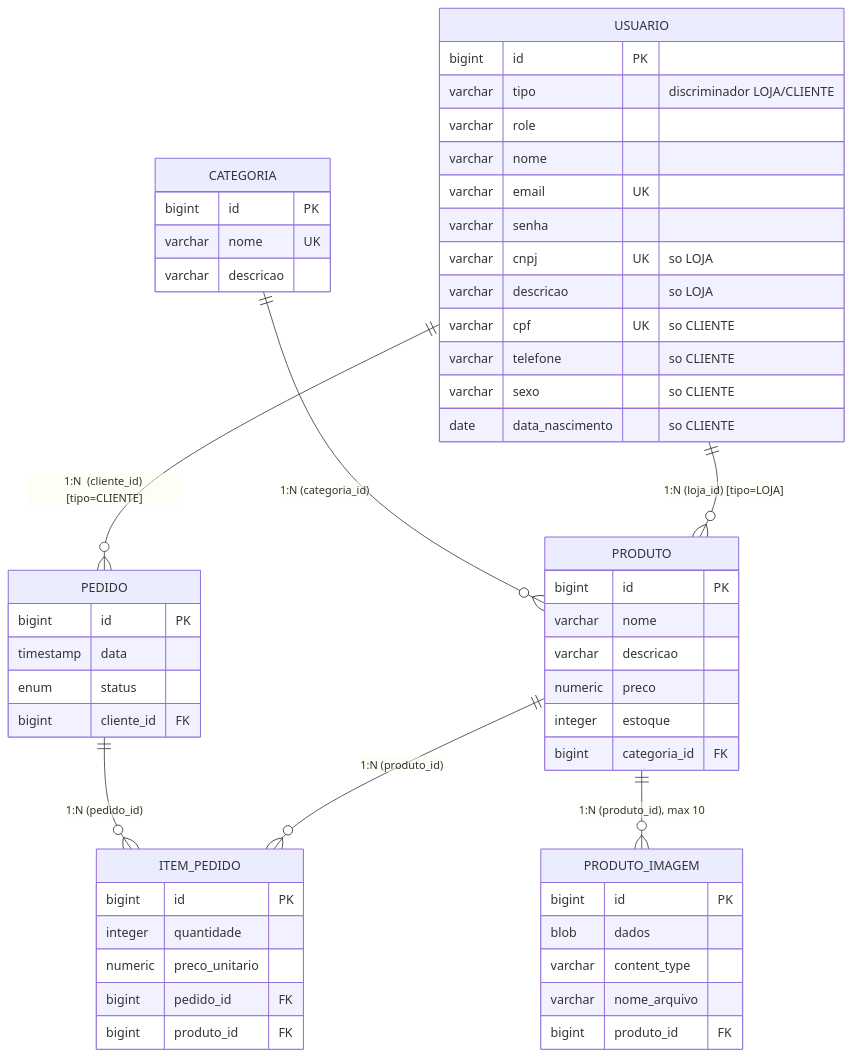
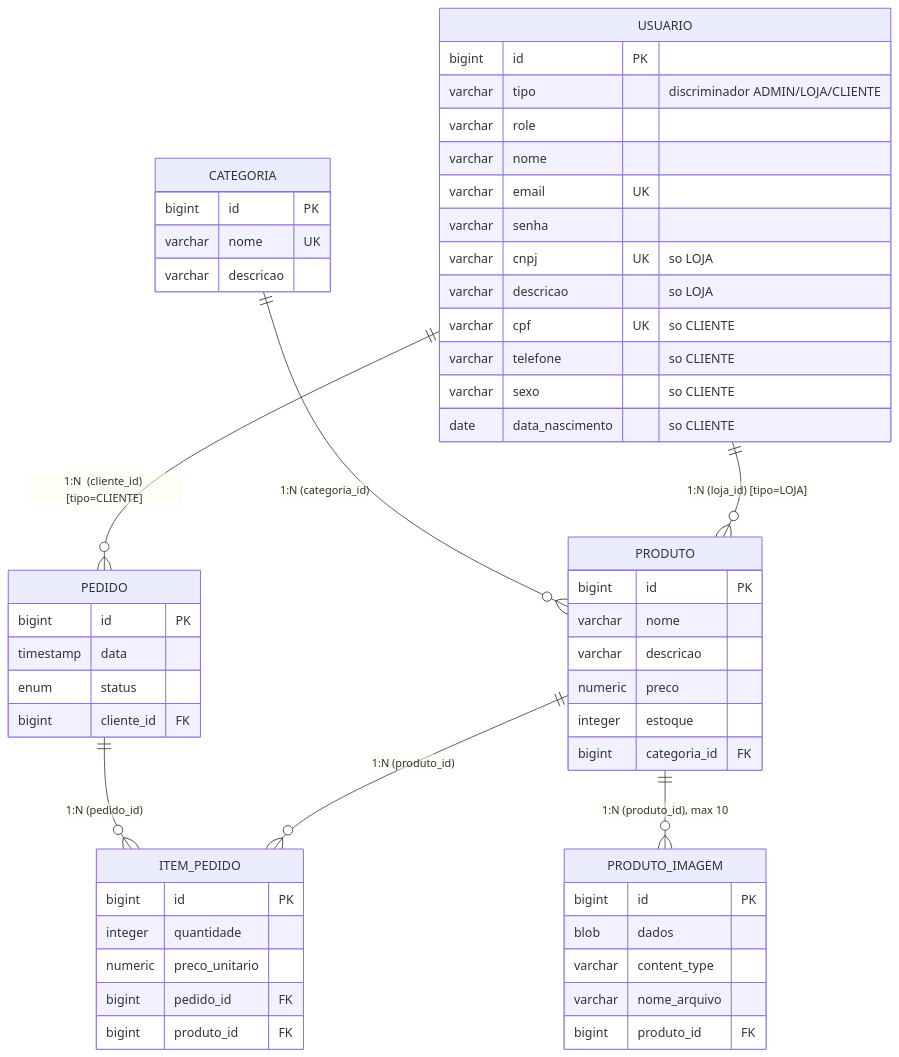
One commit to carlosamn-comp/loja-web changed the diagram in MAPEAMENTO-JPA.md. Above: the diagram before and after it, drawn with Mermaid. The commit also changed other lines of this file and 24 other files, not shown here.

First line of the commit message:
feat(T8): app cliente da REST-API (RestClient) + admin no banco, carrinho persistente e imagem do Mouse Gamer

````diff
--- a/MAPEAMENTO-JPA.md
+++ b/MAPEAMENTO-JPA.md
@@ -10,57 +10,57 @@
 ```mermaid
 erDiagram
     CATEGORIA  ||--o{ PRODUTO         : "1:N  (categoria_id)"
     USUARIO    ||--o{ PRODUTO         : "1:N  (loja_id) [tipo=LOJA]"
     USUARIO    ||--o{ PEDIDO          : "1:N  (cliente_id) [tipo=CLIENTE]"
     PEDIDO     ||--o{ ITEM_PEDIDO     : "1:N  (pedido_id)"
     PRODUTO    ||--o{ ITEM_PEDIDO     : "1:N  (produto_id)"
     PRODUTO    ||--o{ PRODUTO_IMAGEM  : "1:N  (produto_id), max 10"
 
     USUARIO {
         bigint id PK
-        varchar tipo "discriminador LOJA/CLIENTE"
+        varchar tipo "discriminador ADMIN/LOJA/CLIENTE"
         varchar role
         varchar nome
         varchar email UK
         varchar senha
         varchar cnpj UK "so LOJA"
         varchar descricao "so LOJA"
         varchar cpf UK "so CLIENTE"
         varchar telefone "so CLIENTE"
         varchar sexo "so CLIENTE"
         date data_nascimento "so CLIENTE"
     }
     CATEGORIA {
         bigint id PK
         varchar nome UK
         varchar descricao
     }
     PRODUTO {
         bigint id PK
         varchar nome
         varchar descricao
         numeric preco
         integer estoque
         bigint categoria_id FK
     }
     PEDIDO {
         bigint id PK
         timestamp data
         enum status
         bigint cliente_id FK
     }
     ITEM_PEDIDO {
         bigint id PK
         integer quantidade
         numeric preco_unitario
         bigint pedido_id FK
         bigint produto_id FK
     }
     PRODUTO_IMAGEM {
         bigint id PK
         blob dados
         varchar content_type
         varchar nome_arquivo
         bigint produto_id FK
     }
 ```
````
